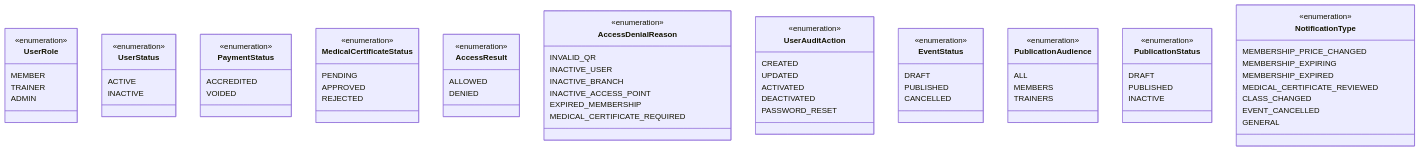
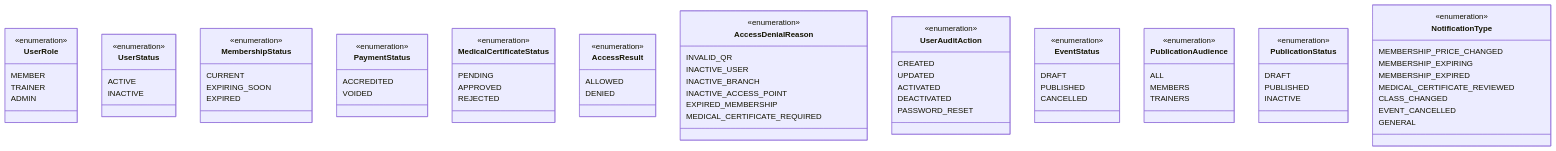
The fourth of 4 diagrams in docs/diagrama-de-clases.md (MTeamOrg/M-Team), drawn with Mermaid before and after one commit. The commit also changed other lines of this file, not shown here.

Commit message:
docs: update class diagram to follow UML conventions

````diff
--- a/docs/diagrama-de-clases.md
+++ b/docs/diagrama-de-clases.md
@@ -211,75 +290,81 @@
 ```mermaid
 classDiagram
 class UserRole {
   <<enumeration>>
   MEMBER
   TRAINER
   ADMIN
 }
 class UserStatus {
   <<enumeration>>
   ACTIVE
   INACTIVE
+}
+class MembershipStatus {
+  <<enumeration>>
+  CURRENT
+  EXPIRING_SOON
+  EXPIRED
 }
 class PaymentStatus {
   <<enumeration>>
   ACCREDITED
   VOIDED
 }
 class MedicalCertificateStatus {
   <<enumeration>>
   PENDING
   APPROVED
   REJECTED
 }
 class AccessResult {
   <<enumeration>>
   ALLOWED
   DENIED
 }
 class AccessDenialReason {
   <<enumeration>>
   INVALID_QR
   INACTIVE_USER
   INACTIVE_BRANCH
   INACTIVE_ACCESS_POINT
   EXPIRED_MEMBERSHIP
   MEDICAL_CERTIFICATE_REQUIRED
 }
 class UserAuditAction {
   <<enumeration>>
   CREATED
   UPDATED
   ACTIVATED
   DEACTIVATED
   PASSWORD_RESET
 }
 class EventStatus {
   <<enumeration>>
   DRAFT
   PUBLISHED
   CANCELLED
 }
 class PublicationAudience {
   <<enumeration>>
   ALL
   MEMBERS
   TRAINERS
 }
 class PublicationStatus {
   <<enumeration>>
   DRAFT
   PUBLISHED
   INACTIVE
 }
 class NotificationType {
   <<enumeration>>
   MEMBERSHIP_PRICE_CHANGED
   MEMBERSHIP_EXPIRING
   MEMBERSHIP_EXPIRED
   MEDICAL_CERTIFICATE_REVIEWED
   CLASS_CHANGED
   EVENT_CANCELLED
   GENERAL
 }
 ```
````
